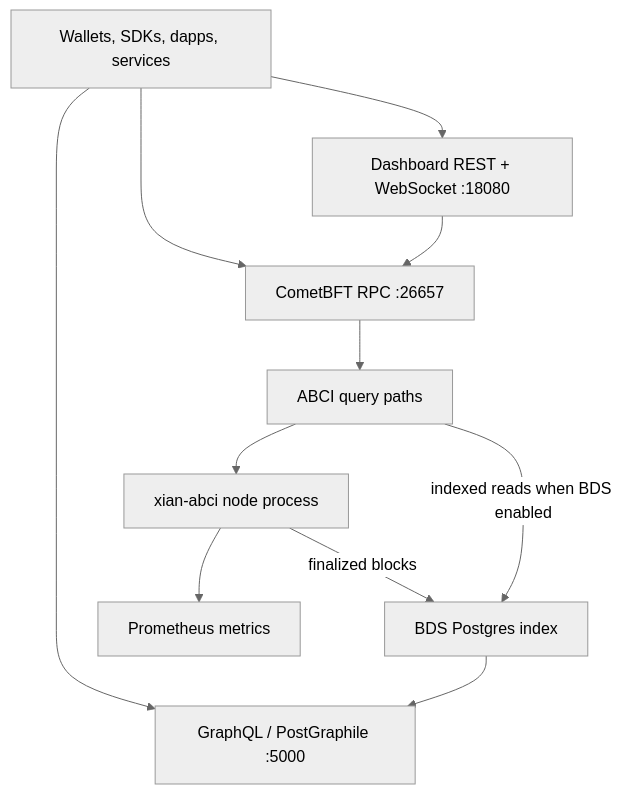
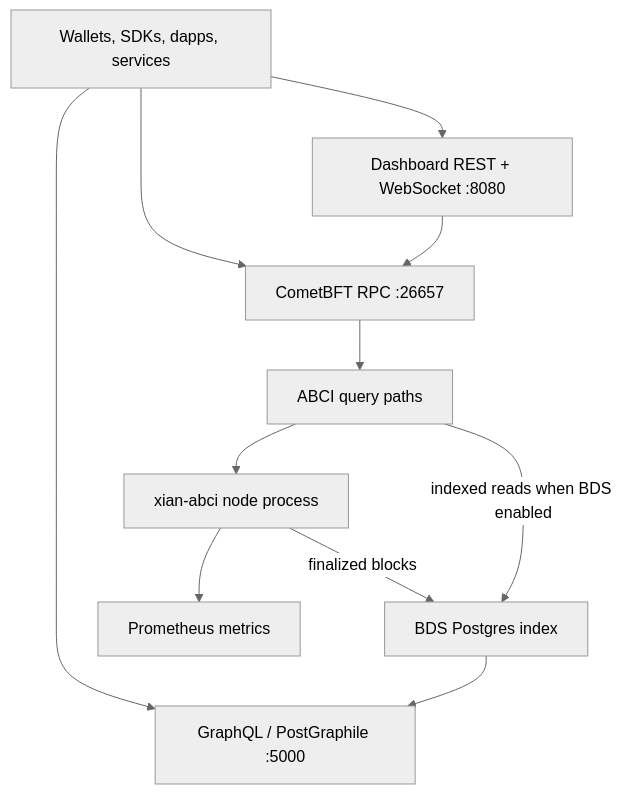
Before and after one commit to xian-technology/xian-docs-web: the diagram in api/index.md, drawn with Mermaid (neutral theme). The commit also changed other lines of this file and 77 other files, not shown here.

````diff
--- a/api/index.md
+++ b/api/index.md
@@ -19,22 +19,22 @@
 ```mermaid
 flowchart TD
   App["Wallets, SDKs, dapps, services"]
   RPC["CometBFT RPC :26657"]
   ABCI["ABCI query paths"]
   Node["xian-abci node process"]
-  Dashboard["Dashboard REST + WebSocket :18080"]
+  Dashboard["Dashboard REST + WebSocket :8080"]
   BDS["BDS Postgres index"]
   GraphQL["GraphQL / PostGraphile :5000"]
   Metrics["Prometheus metrics"]
 
   App --> RPC
   App --> Dashboard
   App --> GraphQL
   RPC --> ABCI
   ABCI --> Node
   Dashboard --> RPC
   Node -->|finalized blocks| BDS
   BDS --> GraphQL
   ABCI -->|indexed reads when BDS enabled| BDS
   Node --> Metrics
 ```
````
